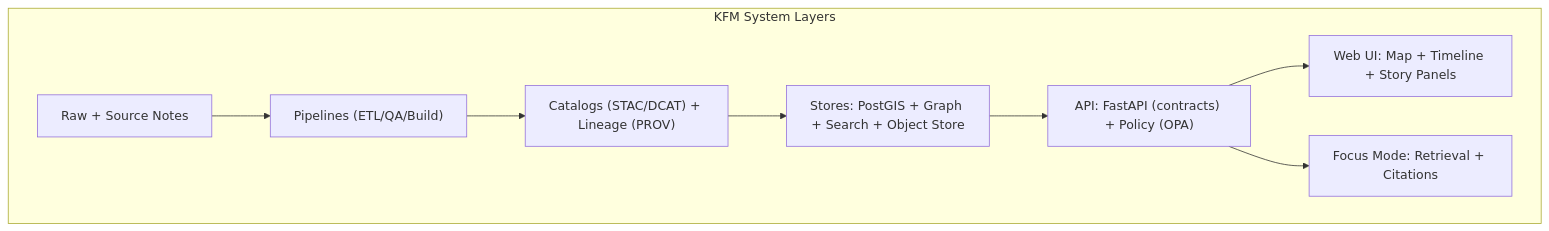
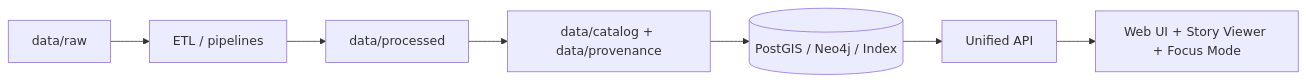
One commit to bartytime4life/Kansas-Frontier-Matrix changed the second of 2 diagrams in README.md. Above: the diagram before and after it, drawn with Mermaid. The commit also changed other lines of this file, not shown here.

````diff
--- a/README.md
+++ b/README.md
@@ -117,11 +100,9 @@
 ```mermaid
-flowchart TB
-  subgraph S["KFM System Layers"]
-    R["Raw + Source Notes"] --> P["Pipelines (ETL/QA/Build)"]
-    P --> C["Catalogs (STAC/DCAT) + Lineage (PROV)"]
-    C --> DB["Stores: PostGIS + Graph + Search + Object Store"]
-    DB --> API["API: FastAPI (contracts) + Policy (OPA)"]
-    API --> UI["Web UI: Map + Timeline + Story Panels"]
-    API --> FM["Focus Mode: Retrieval + Citations"]
-  end
+flowchart LR
+  RAW[data/raw] --> ETL[ETL / pipelines]
+  ETL --> PROC[data/processed]
+  PROC --> META[data/catalog + data/provenance]
+  META --> DB[(PostGIS / Neo4j / Index)]
+  DB --> API[Unified API]
+  API --> UI[Web UI + Story Viewer + Focus Mode]
 ```
````
